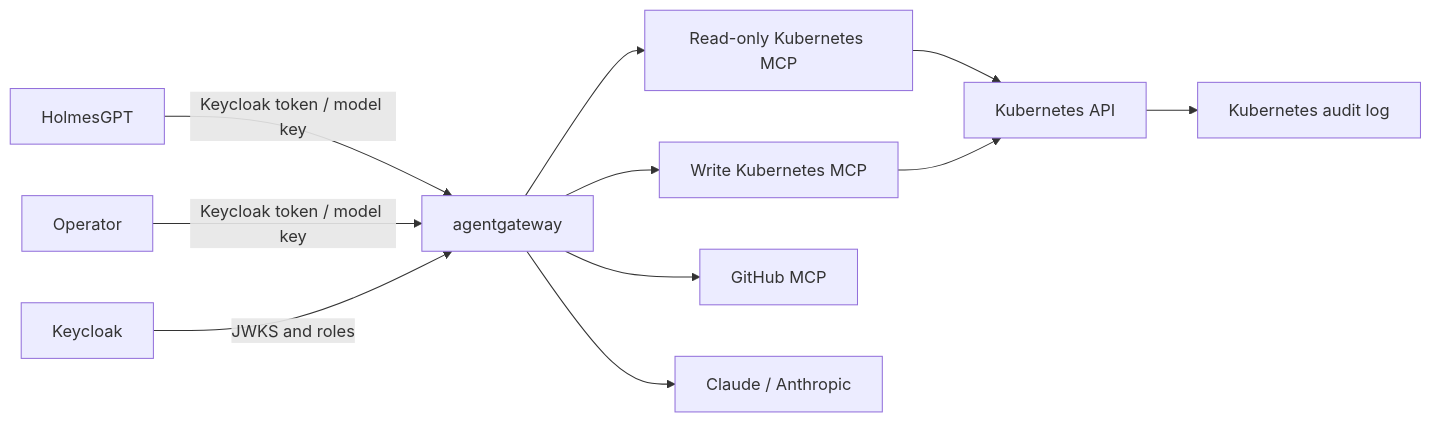
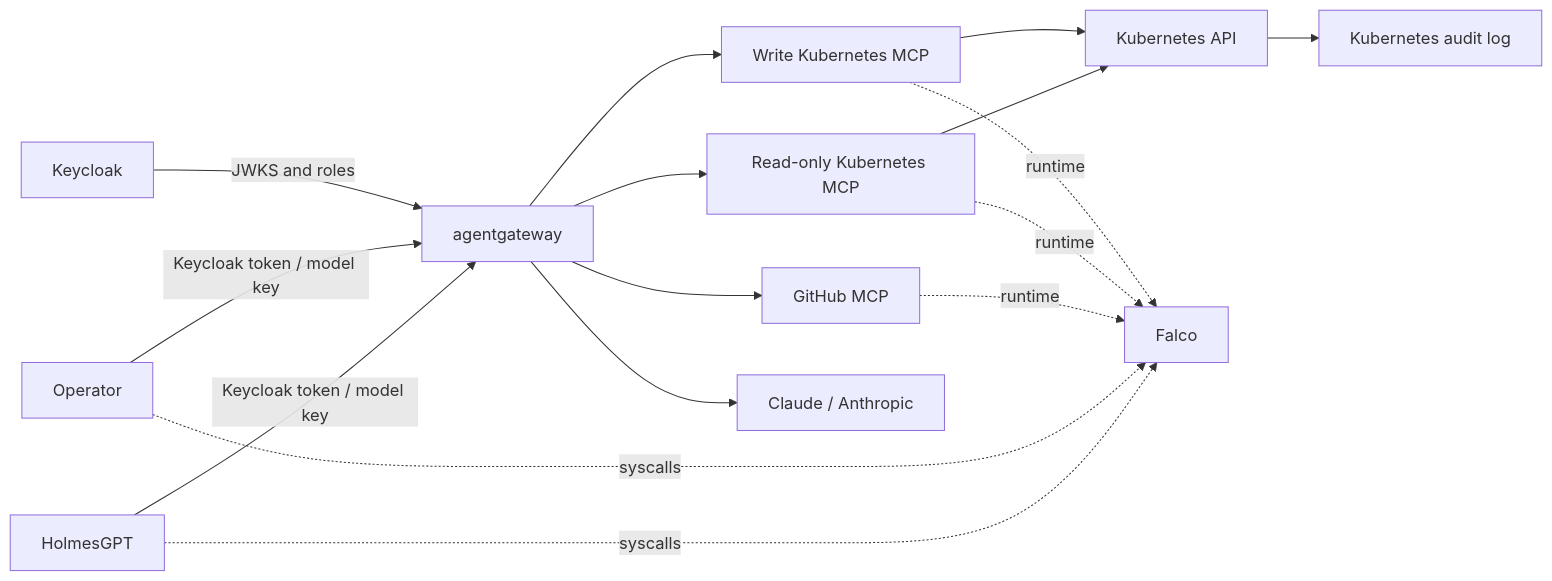
Before and after one commit to fsclyde/kubernetes-sre-security-lab: the diagram in README.md, drawn with Mermaid. The commit also changed other lines of this file, not shown here.

Commit message:
Document Falco activity visibility

````diff
--- a/README.md
+++ b/README.md
@@ -21,13 +21,18 @@
 ```mermaid
 flowchart LR
     H[HolmesGPT] -->|Keycloak token / model key| G[agentgateway]
     O[Operator] -->|Keycloak token / model key| G
     K[Keycloak] -->|JWKS and roles| G
     G --> R[Read-only Kubernetes MCP]
     G --> W[Write Kubernetes MCP]
     G --> GH[GitHub MCP]
     G --> L[Claude / Anthropic]
     R --> API[Kubernetes API]
     W --> API
     API --> AUD[Kubernetes audit log]
+    H -. syscalls .-> F[Falco]
+    O -. syscalls .-> F
+    GH -. runtime .-> F
+    R -. runtime .-> F
+    W -. runtime .-> F
 ```
````
